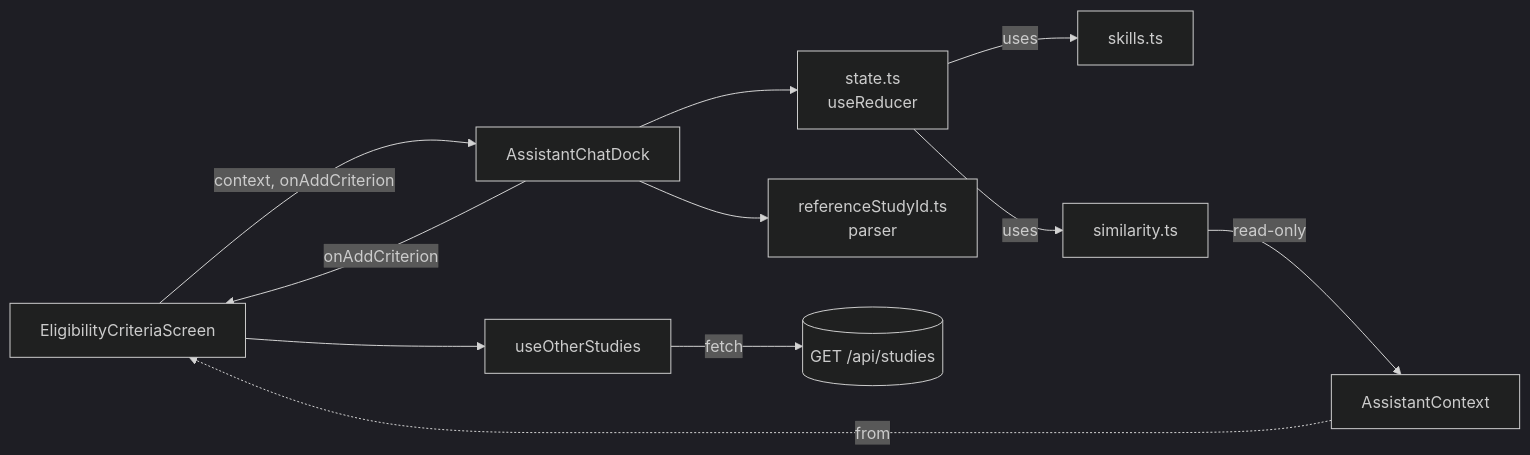
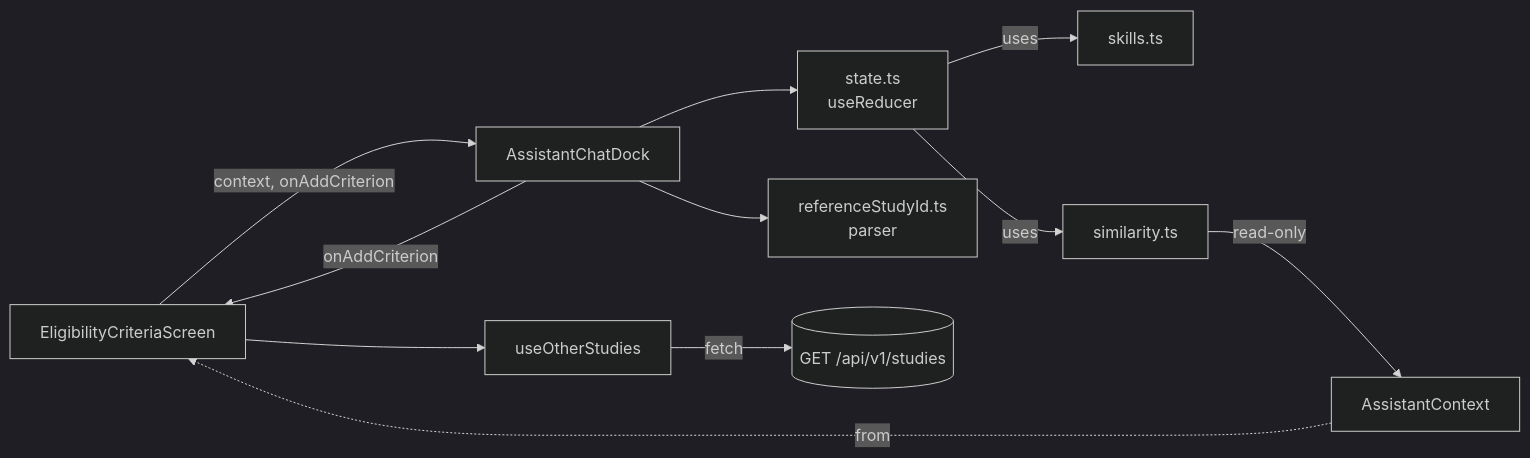
Before and after one commit to mathiasfk/clinical-trials-hub: the sixth of 6 diagrams in docs/frontend-architecture.md, drawn with Mermaid (dark theme). The commit also changed other lines of this file and 16 other files, not shown here.

````diff
--- a/docs/frontend-architecture.md
+++ b/docs/frontend-architecture.md
@@ -493,16 +493,16 @@
 ```mermaid
 flowchart LR
     ELI[EligibilityCriteriaScreen] -->|context, onAddCriterion| ACD[AssistantChatDock]
 
     ACD --> R[state.ts\nuseReducer]
     ACD --> RSID[referenceStudyId.ts\nparser]
     R -->|uses| SK[skills.ts]
     R -->|uses| SIM[similarity.ts]
     SIM -->|read-only| CTX[AssistantContext]
     CTX -.from.-> ELI
 
     ELI --> UOS[useOtherStudies]
-    UOS -->|fetch| API[(GET /api/studies)]
+    UOS -->|fetch| API[(GET /api/v1/studies)]
 
     ACD -->|onAddCriterion| ELI
 ```
````
